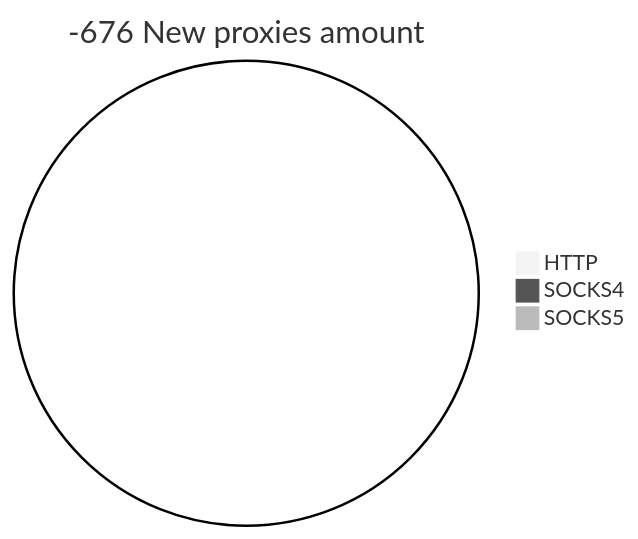
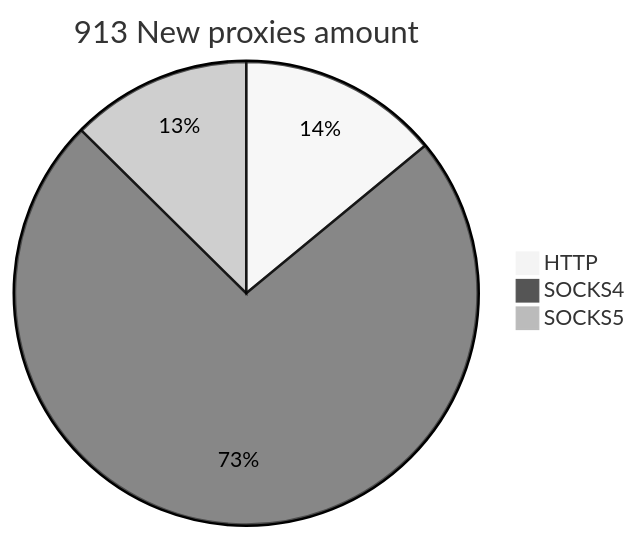
The second of 2 diagrams in README.md (cutipu/proxylist), drawn with Mermaid (neutral theme) before and after one commit. The commit also changed other lines of this file, not shown here.

````diff
--- a/README.md
+++ b/README.md
@@ -10,6 +10,6 @@
 ```mermaid
-pie title -676 New proxies amount
-    "HTTP" : 0
-    "SOCKS4" : 0
-    "SOCKS5" : 0
+pie title 913 New proxies amount
+    "HTTP" : 128
+    "SOCKS4" : 670
+    "SOCKS5" : 115
 ```
````
